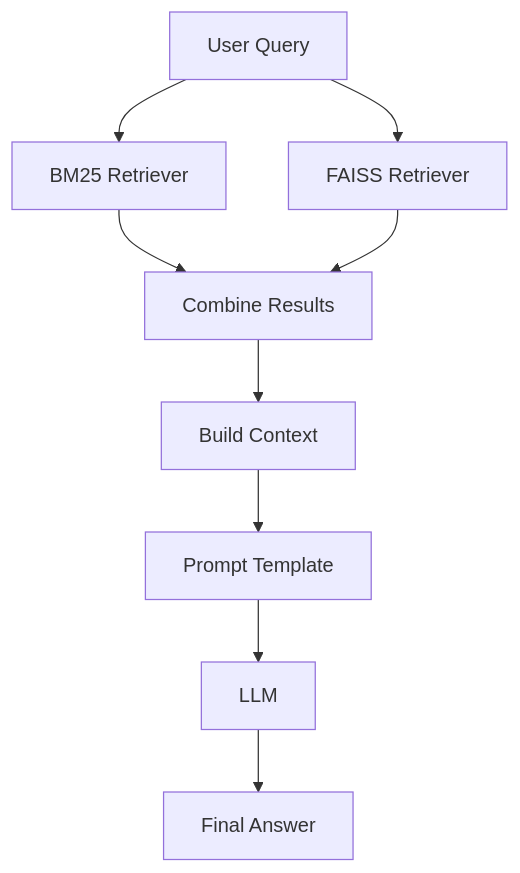
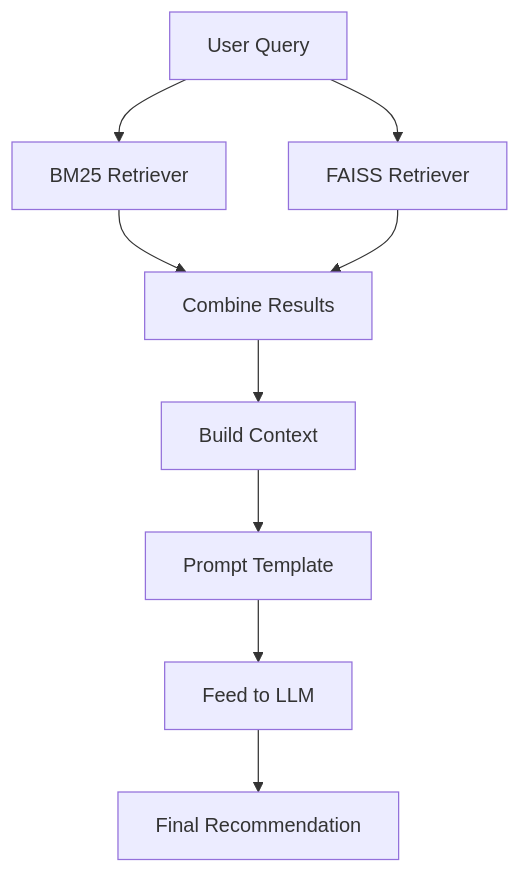
One commit to UBC-MDS/DSCI_575_project_rleeth_sapolr changed the second of 2 diagrams in README.md. Above: the diagram before and after it, drawn with Mermaid. The commit also changed other lines of this file, not shown here.

````diff
--- a/README.md
+++ b/README.md
@@ -160,29 +138,29 @@
 ``` mermaid
 flowchart TD
 
 A[User Query]
 
 B[BM25 Retriever]
 
 C[FAISS Retriever]
 
 D[Combine Results]
 
 E[Build Context]
 
 F[Prompt Template]
 
-G[LLM]
+G[Feed to LLM]
 
-H[Final Answer]
+H[Final Recommendation]
 
 A --> B
 
 A --> C
 
 B --> D
 
 C --> D
 
 D --> E --> F --> G --> H
 ```
````
